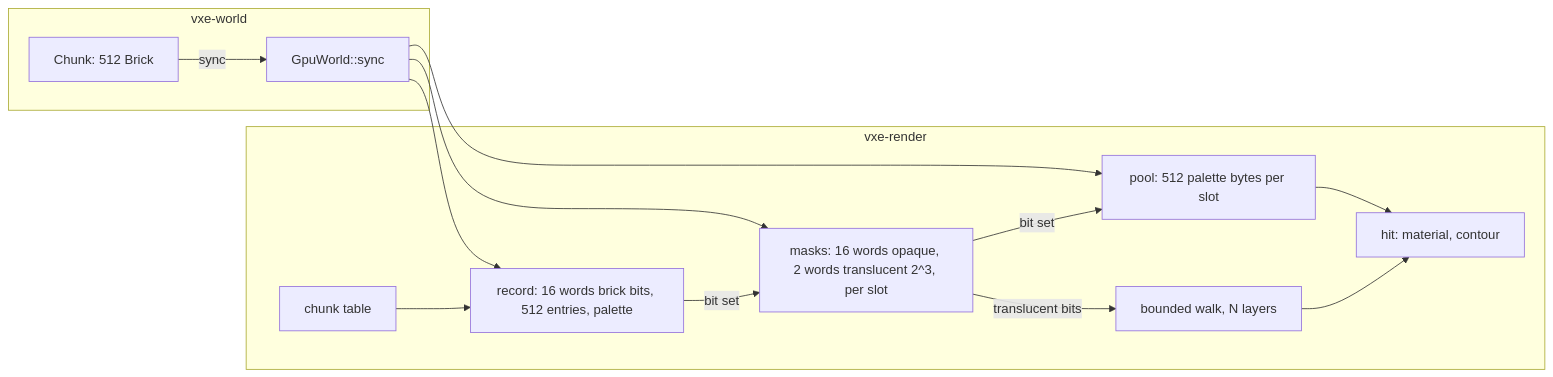
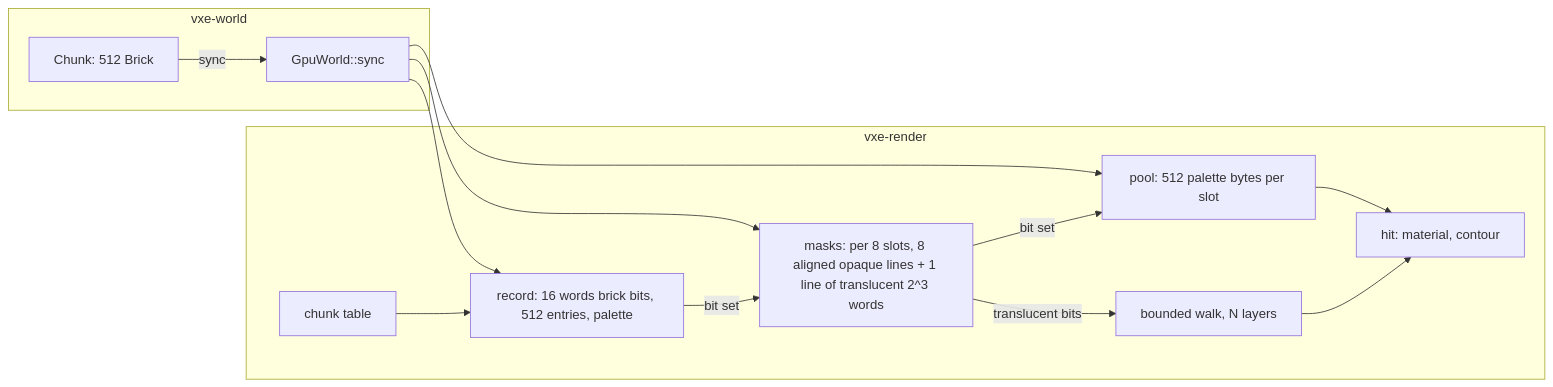
The diagram in docs/plans/0015-traversal-hierarchy-chunk-bits-brick-masks-and-translucent-class.md (IgorKonovalov/voxel-engine), drawn with Mermaid before and after one commit. The commit also changed other lines of this file and 2 other files, not shown here.

````diff
--- a/docs/plans/0015-traversal-hierarchy-chunk-bits-brick-masks-and-translucent-class.md
+++ b/docs/plans/0015-traversal-hierarchy-chunk-bits-brick-masks-and-translucent-class.md
@@ -65,17 +75,17 @@
 ```mermaid
 flowchart LR
     subgraph vxe-world
         W[Chunk: 512 Brick] -->|sync| U
     end
     subgraph vxe-render
         U[GpuWorld::sync] --> R[record: 16 words brick bits, 512 entries, palette]
-        U --> M[masks: 16 words opaque, 2 words translucent 2^3, per slot]
+        U --> M[masks: per 8 slots, 8 aligned opaque lines + 1 line of translucent 2^3 words]
         U --> P[pool: 512 palette bytes per slot]
         T[chunk table] --> R
         R -->|bit set| M
         M -->|bit set| P
         P --> H[hit: material, contour]
         M -->|translucent bits| A[bounded walk, N layers]
         A --> H
     end
 ```
````
